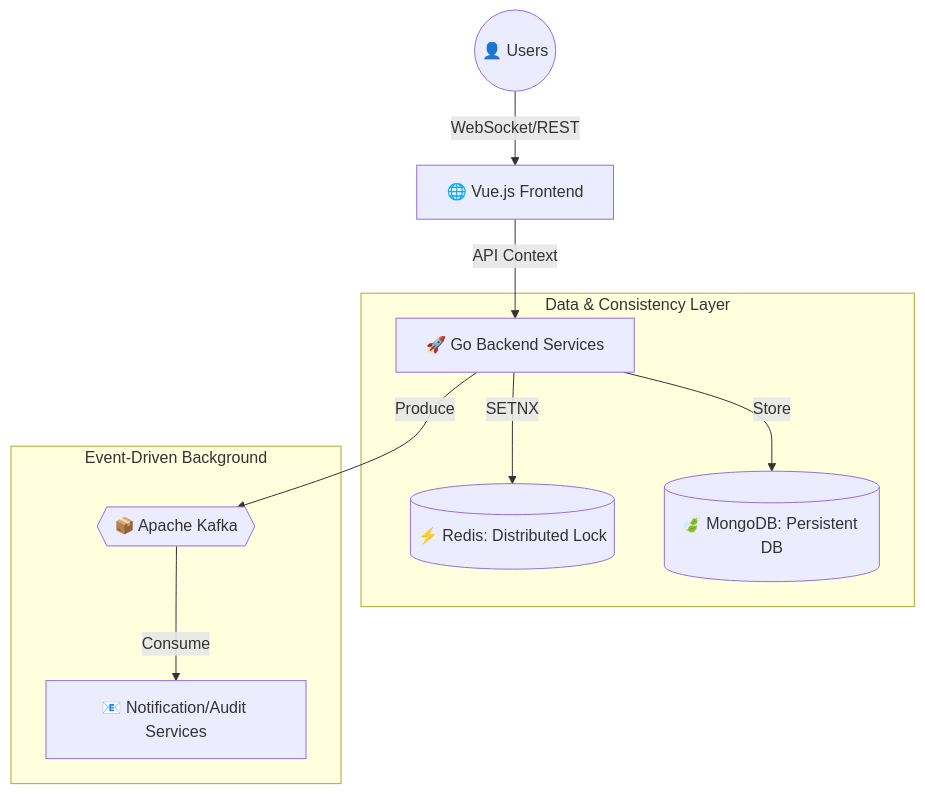
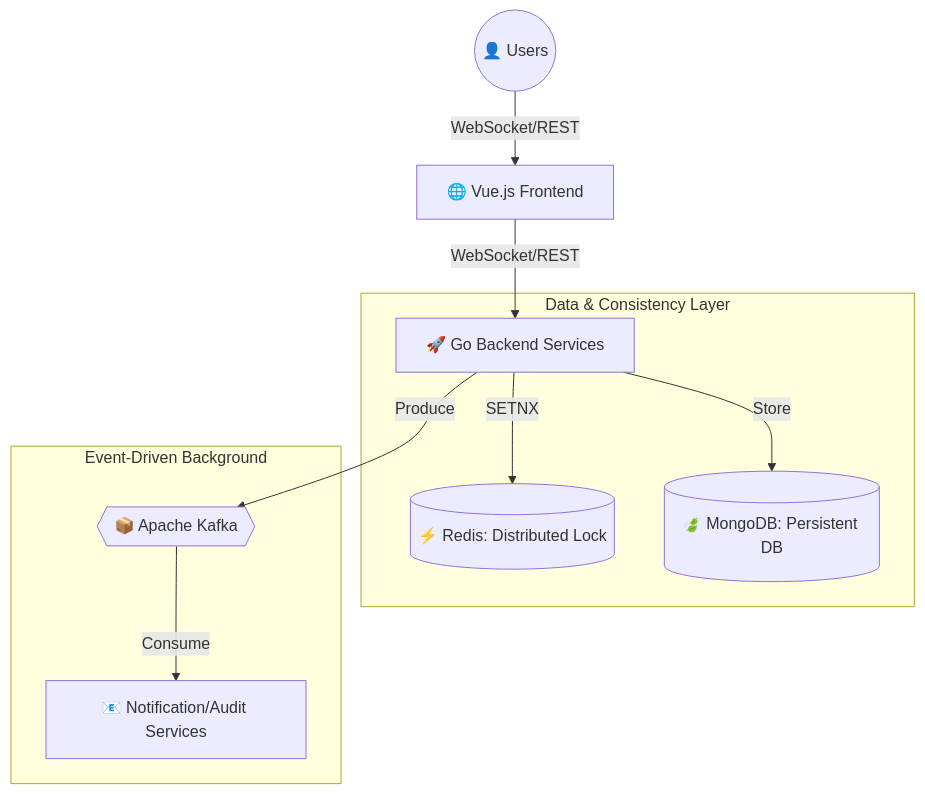
The diagram in README.md (Ho-Sittichai/movie-ticket-project), drawn with Mermaid before and after one commit.

Commit message:
:hammer: update reademe

````diff
--- a/README.md
+++ b/README.md
@@ -11,15 +11,15 @@
 ```mermaid
 graph TD
     User((👤 Users)) -->|WebSocket/REST| FE[🌐 Vue.js Frontend]
-    FE -->|API Context| BE[🚀 Go Backend Services]
+    FE -->|WebSocket/REST| BE[🚀 Go Backend Services]
 
     subgraph "Data & Consistency Layer"
         BE -->|SETNX| Redis[(⚡ Redis: Distributed Lock)]
         BE -->|Store| Mongo[(🍃 MongoDB: Persistent DB)]
     end
 
     subgraph "Event-Driven Background"
         BE -->|Produce| Kafka{{"📦 Apache Kafka"}}
         Kafka -->|Consume| Workers[📧 Notification/Audit Services]
     end
 ```
````
